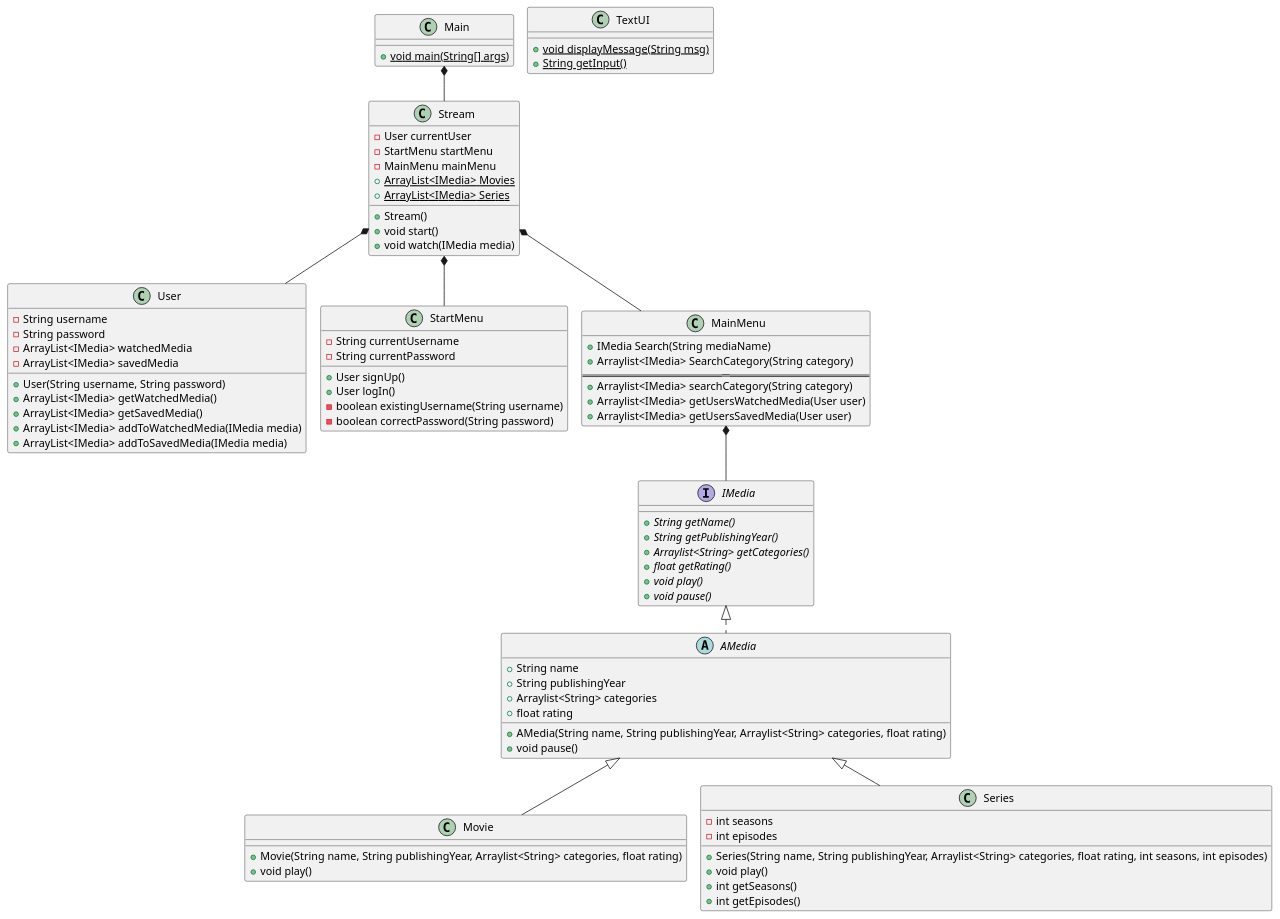
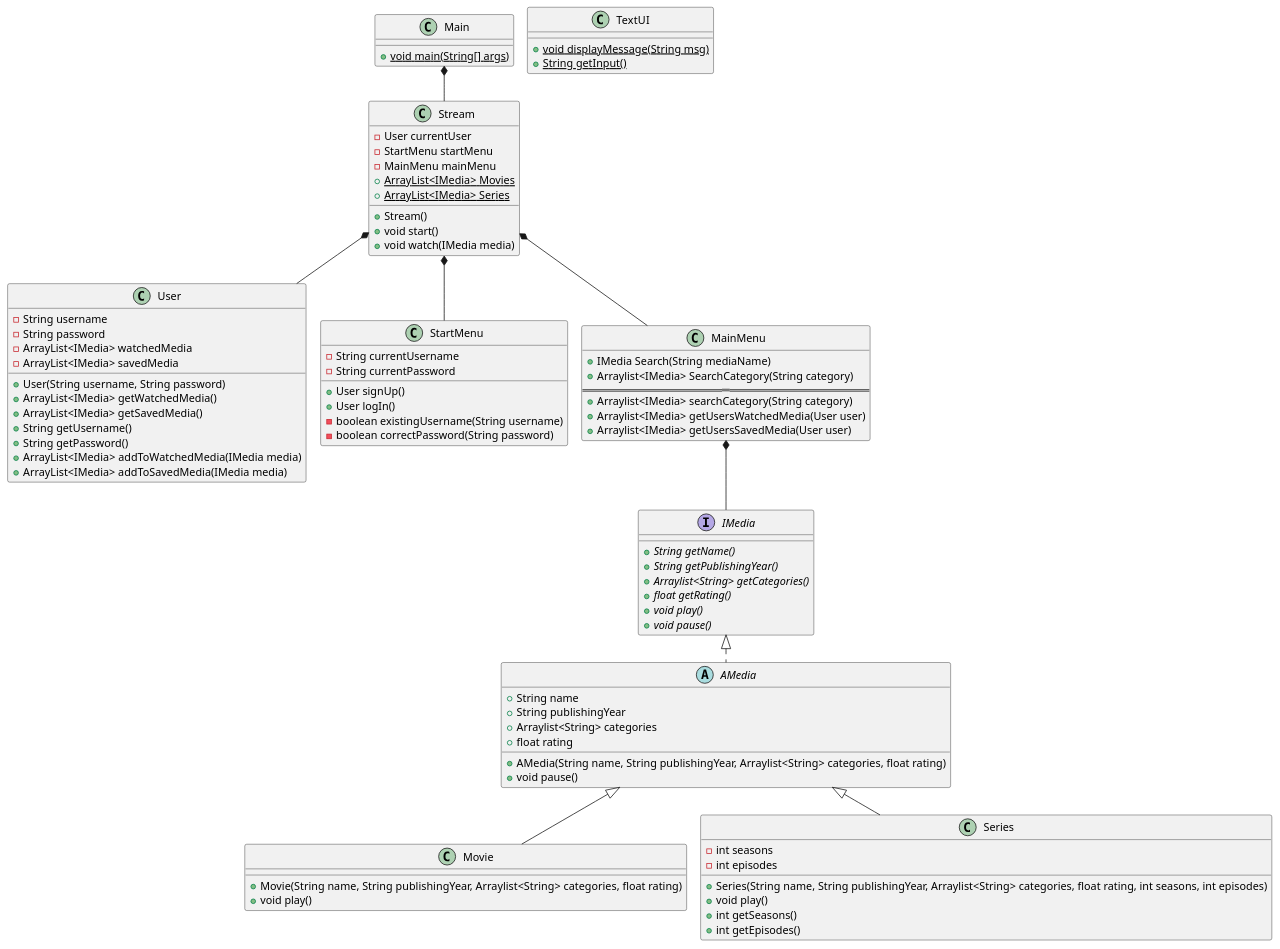
One commit to TobiasTheDanish/SP3 changed the diagram in Documentation/KlasseDiagram.puml. Above: the diagram before and after it, drawn with PlantUML. The commit also changed 2 other files, not shown here.

```diff
--- a/Documentation/KlasseDiagram.puml
+++ b/Documentation/KlasseDiagram.puml
@@ -1,87 +1,89 @@
 @startuml
 !pragma layout smetana
 
 interface IMedia {
     + {abstract} String getName()
     + {abstract} String getPublishingYear()
     + {abstract} Arraylist<String> getCategories()
     + {abstract} float getRating()
     + {abstract} void play()
     + {abstract} void pause()
 }
 abstract class AMedia implements IMedia {
     + String name
     + String publishingYear
     + Arraylist<String> categories
     + float rating
     + AMedia(String name, String publishingYear, Arraylist<String> categories, float rating)
     + void pause()
 }
 class Movie extends AMedia {
     + Movie(String name, String publishingYear, Arraylist<String> categories, float rating)
     + void play()
 }
 class Series extends AMedia {
     - int seasons
     - int episodes
     + Series(String name, String publishingYear, Arraylist<String> categories, float rating, int seasons, int episodes)
     + void play()
     + int getSeasons()
     + int getEpisodes()
 }
 class User {
     - String username
     - String password
     - ArrayList<IMedia> watchedMedia
     - ArrayList<IMedia> savedMedia
     + User(String username, String password)
     + ArrayList<IMedia> getWatchedMedia()
     + ArrayList<IMedia> getSavedMedia()
+    + String getUsername()
+    + String getPassword()
     + ArrayList<IMedia> addToWatchedMedia(IMedia media)
     + ArrayList<IMedia> addToSavedMedia(IMedia media)
 }
 class StartMenu {
     - String currentUsername
     - String currentPassword
     + User signUp()
     + User logIn()
     - boolean existingUsername(String username)
     - boolean correctPassword(String password)
 }
 class MainMenu {
     + IMedia Search(String mediaName)
     + Arraylist<IMedia> SearchCategory(String category)
 =========
     + Arraylist<IMedia> searchCategory(String category)
     + Arraylist<IMedia> getUsersWatchedMedia(User user)
     + Arraylist<IMedia> getUsersSavedMedia(User user)
 }
 
 class TextUI {
     + {static} void displayMessage(String msg)
     + {static} String getInput()
 }
 
 class Main {
     + {static} void main(String[] args)
 }
 
 class Stream{
     - User currentUser
     - StartMenu startMenu
     - MainMenu mainMenu
     + {static} ArrayList<IMedia> Movies
     + {static} ArrayList<IMedia> Series
     + Stream()
     + void start()
     + void watch(IMedia media)
 }
 
 Main *-- Stream
 
 Stream *-- StartMenu
 Stream *-- MainMenu
 Stream *-- User
 MainMenu *-- IMedia
 
 @enduml
```
